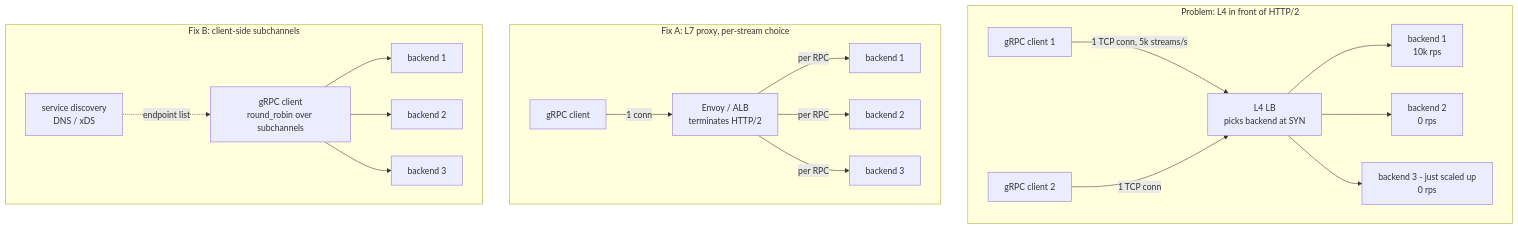
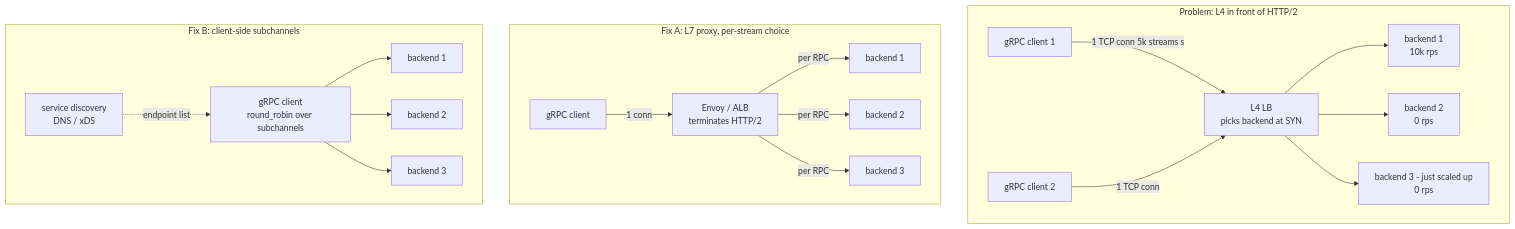
Before and after one commit to bumbsclaw/textbooks: the third of 7 diagrams in vol-03-networking/ch09-load-balancing.md, drawn with Mermaid. The commit also changed other lines of this file and 173 other files, not shown here.

First line of the commit message:
fix(mermaid): close note brackets, semicolons in Notes, stateDiagram br -> dash, edge parens

````diff
--- a/vol-03-networking/ch09-load-balancing.md
+++ b/vol-03-networking/ch09-load-balancing.md
@@ -293,22 +293,22 @@
 ```mermaid
 flowchart TB
   subgraph P["Problem: L4 in front of HTTP/2"]
-    GC1["gRPC client 1"] -->|"1 TCP conn, 5k streams/s"| L4B["L4 LB<br/>picks backend at SYN"]
+    GC1["gRPC client 1"] -->|"1 TCP conn 5k streams s"| L4B["L4 LB<br/>picks backend at SYN"]
     GC2["gRPC client 2"] -->|"1 TCP conn"| L4B
     L4B --> PB1["backend 1<br/>10k rps"]
     L4B --> PB2["backend 2<br/>0 rps"]
     L4B --> PB3["backend 3 - just scaled up<br/>0 rps"]
   end
   subgraph F1["Fix A: L7 proxy, per-stream choice"]
     GC3["gRPC client"] -->|"1 conn"| E["Envoy / ALB<br/>terminates HTTP/2"]
     E -->|"per RPC"| FB1["backend 1"]
     E -->|"per RPC"| FB2["backend 2"]
     E -->|"per RPC"| FB3["backend 3"]
   end
   subgraph F2["Fix B: client-side subchannels"]
     GC4["gRPC client<br/>round_robin over subchannels"] --> SB1["backend 1"]
     GC4 --> SB2["backend 2"]
     GC4 --> SB3["backend 3"]
     DISC["service discovery<br/>DNS / xDS"] -.->|"endpoint list"| GC4
   end
 ```
````
